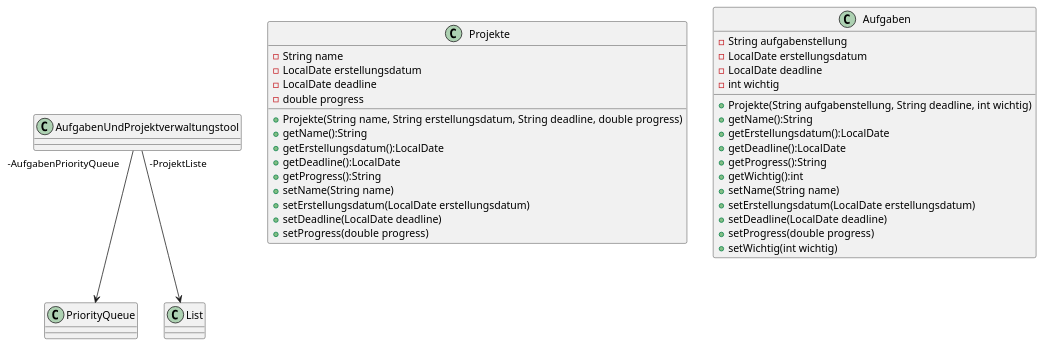
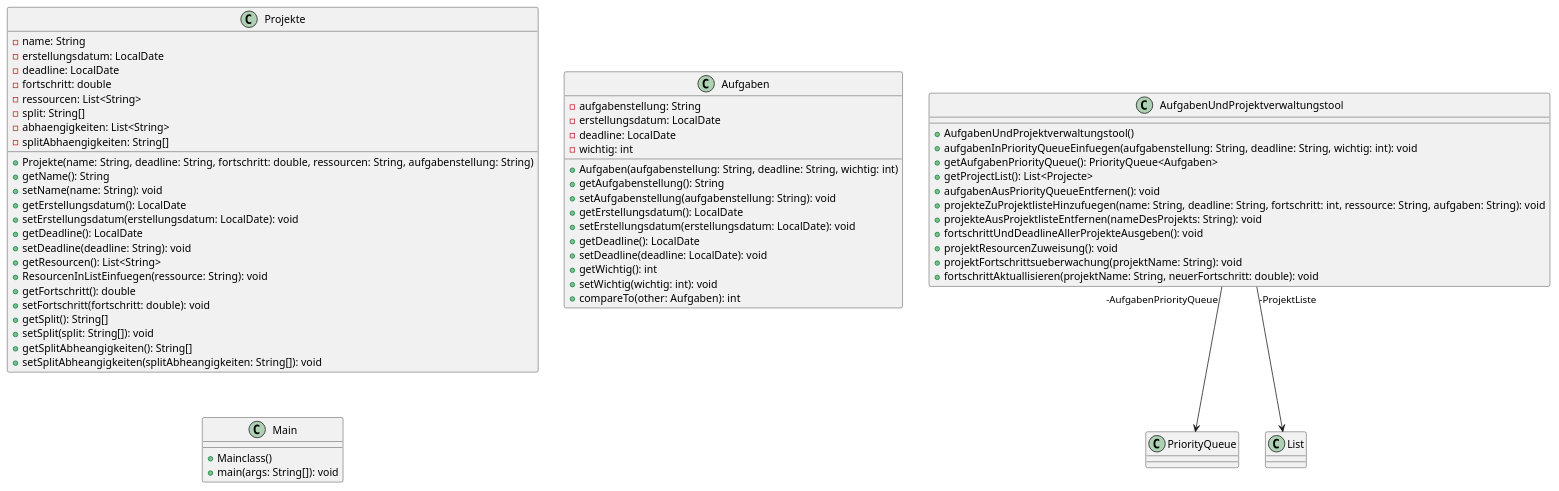
Before and after one commit to rueckertgym/Aufgaben_und_Projektverwaltung_Hannan_Hannah: the diagram in src/UmlDiagram/AufgabenUndProjektverwaltungstool.puml, drawn with PlantUML. The commit also changed 2 other files, not shown here.

```diff
--- a/src/UmlDiagram/AufgabenUndProjektverwaltungstool.puml
+++ b/src/UmlDiagram/AufgabenUndProjektverwaltungstool.puml
@@ -1,52 +1,78 @@
 @startuml
 'https://plantuml.com/class-diagram
 
 class AufgabenUndProjektverwaltungstool
 class Projekte
 class Aufgaben
 
 class AufgabenUndProjektverwaltungstool{
+    + AufgabenUndProjektverwaltungstool()
+    + aufgabenInPriorityQueueEinfuegen(aufgabenstellung: String, deadline: String, wichtig: int): void
+    + getAufgabenPriorityQueue(): PriorityQueue<Aufgaben>
+    + getProjectList(): List<Projecte>
+    + aufgabenAusPriorityQueueEntfernen(): void
+    + projekteZuProjektlisteHinzufuegen(name: String, deadline: String, fortschritt: int, ressource: String, aufgaben: String): void
+    + projekteAusProjektlisteEntfernen(nameDesProjekts: String): void
+    + fortschrittUndDeadlineAllerProjekteAusgeben(): void
+    + projektResourcenZuweisung(): void
+    + projektFortschrittsueberwachung(projektName: String): void
+    + fortschrittAktuallisieren(projektName: String, neuerFortschritt: double): void
 
+}
+class Main{
++ Mainclass()
++ main(args: String[]): void
 }
 
 class Projekte{
-    -String name
-    -LocalDate erstellungsdatum
-    -LocalDate deadline
-    -double progress
+    - name: String
+    - erstellungsdatum: LocalDate
+    - deadline: LocalDate
+    - fortschritt: double
+    - ressourcen: List<String>
+    - split: String[]
+    - abhaengigkeiten: List<String>
+    - splitAbhaengigkeiten: String[]
 
-    +Projekte(String name, String erstellungsdatum, String deadline, double progress)
-    +getName():String
-    +getErstellungsdatum():LocalDate
-    +getDeadline():LocalDate
-    +getProgress():String
-    +setName(String name)
-    +setErstellungsdatum(LocalDate erstellungsdatum)
-    +setDeadline(LocalDate deadline)
-    +setProgress(double progress)
+    + Projekte(name: String, deadline: String, fortschritt: double, ressourcen: String, aufgabenstellung: String)
+    + getName(): String
+    + setName(name: String): void
+    + getErstellungsdatum(): LocalDate
+    + setErstellungsdatum(erstellungsdatum: LocalDate): void
+    + getDeadline(): LocalDate
+    + setDeadline(deadline: String): void
+    + getResourcen(): List<String>
+    + ResourcenInListEinfuegen(ressource: String): void
+    + getFortschritt(): double
+    + setFortschritt(fortschritt: double): void
+    + getSplit(): String[]
+    + setSplit(split: String[]): void
+    + getSplitAbheangigkeiten(): String[]
+    + setSplitAbheangigkeiten(splitAbheangigkeiten: String[]): void
+
 
 }
 
 class Aufgaben{
-    -String aufgabenstellung
-    -LocalDate erstellungsdatum
-    -LocalDate deadline
-    -int wichtig
+    - aufgabenstellung: String
+    - erstellungsdatum: LocalDate
+    - deadline: LocalDate
+    - wichtig: int
 
-    +Projekte(String aufgabenstellung, String deadline, int wichtig)
-    +getName():String
-    +getErstellungsdatum():LocalDate
-    +getDeadline():LocalDate
-    +getProgress():String
-    +getWichtig():int
-    +setName(String name)
-    +setErstellungsdatum(LocalDate erstellungsdatum)
-    +setDeadline(LocalDate deadline)
-    +setProgress(double progress)
-    +setWichtig(int wichtig)
+    + Aufgaben(aufgabenstellung: String, deadline: String, wichtig: int)
+    + getAufgabenstellung(): String
+    + setAufgabenstellung(aufgabenstellung: String): void
+    + getErstellungsdatum(): LocalDate
+    + setErstellungsdatum(erstellungsdatum: LocalDate): void
+    + getDeadline(): LocalDate
+    + setDeadline(deadline: LocalDate): void
+    + getWichtig(): int
+    + setWichtig(wichtig: int): void
+    + compareTo(other: Aufgaben): int
+
 }
 
 
 AufgabenUndProjektverwaltungstool "-AufgabenPriorityQueue" --> PriorityQueue
 AufgabenUndProjektverwaltungstool "-ProjektListe" --> List
 @enduml
```
